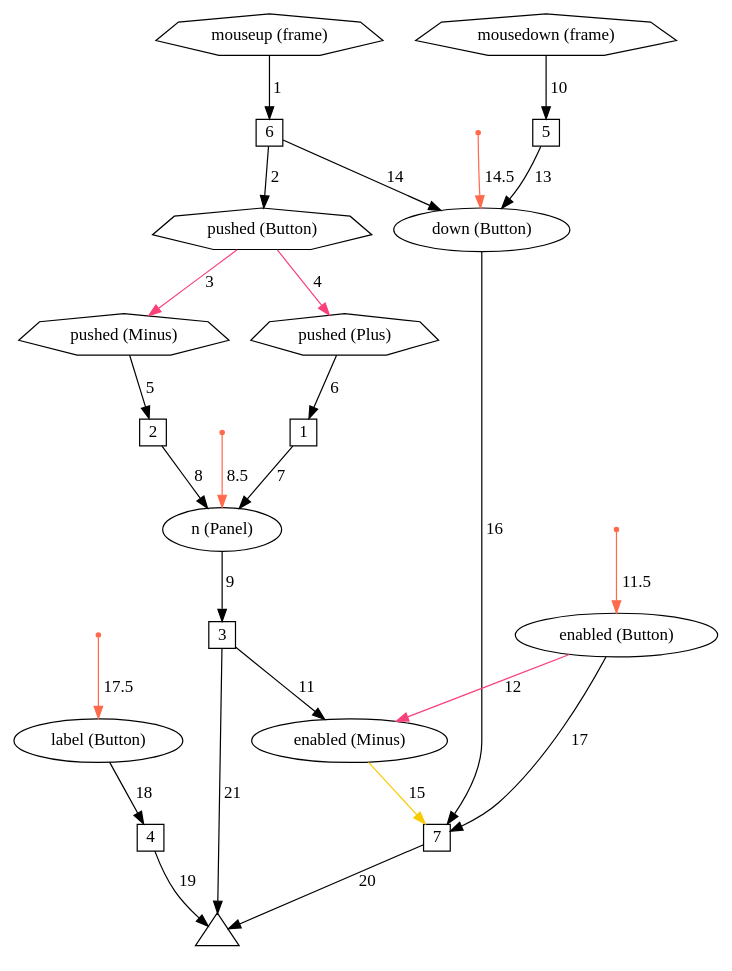
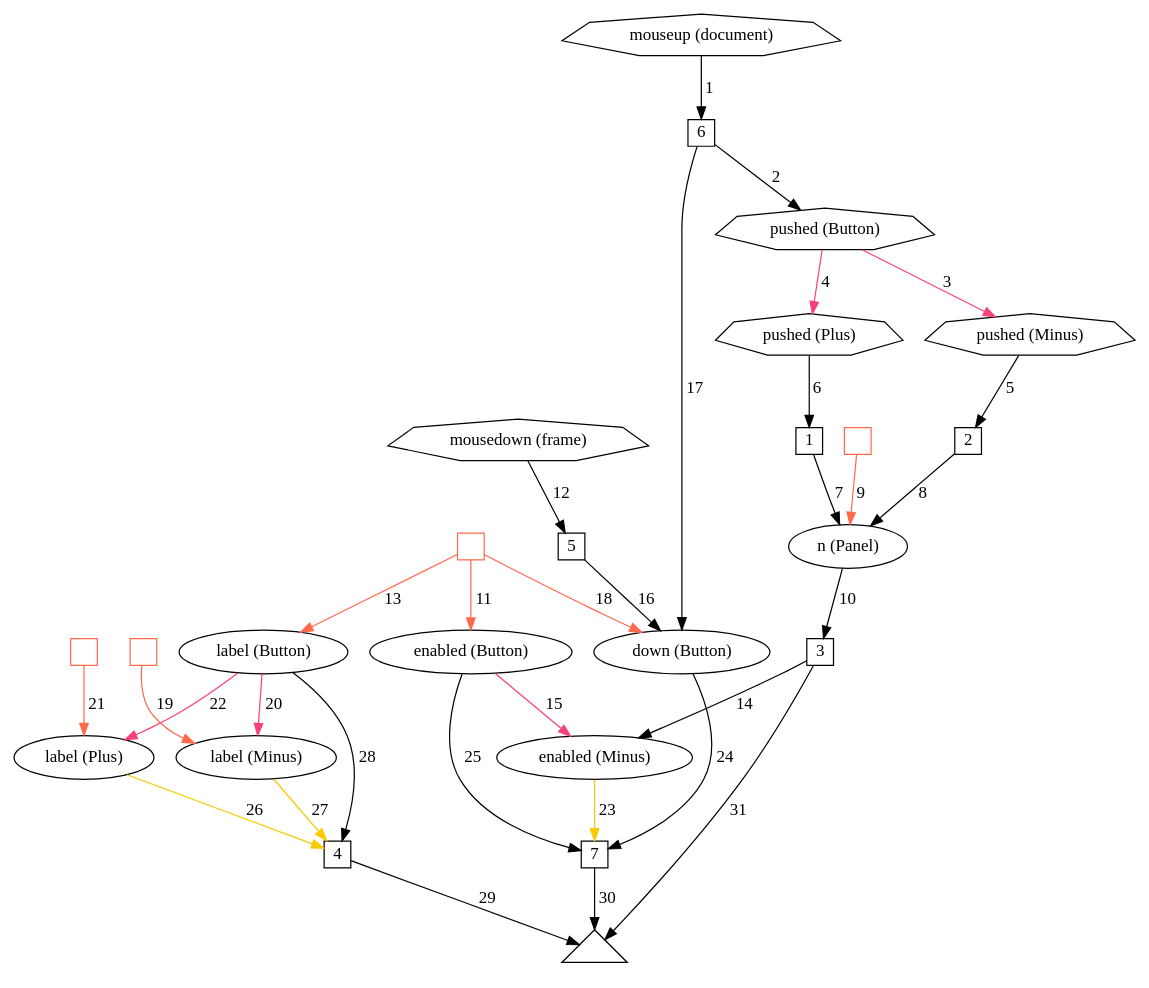
One commit to bendr/bender changed the diagram in doc/fig/graph-panel.gv. Above: the diagram before and after it, drawn with Graphviz. The commit also changed 15 other files, not shown here.

```diff
--- a/doc/fig/graph-panel.gv
+++ b/doc/fig/graph-panel.gv
@@ -1,55 +1,61 @@
 digraph bender {
-  node [fontname="Avenir Next"];
-  edge [fontname="Avenir Next"];
+  node [fontname="Avenir Next"]
+  edge [fontname="Avenir Next"]
 
-  t [label="", shape=triangle, fixedsize=true, width=0.5];
-  w4 [label="4", shape=square, fixedsize=true, width=0.3];
-  label [label="label (Button)"];
-  w5 [label="5", shape=square, fixedsize=true, width=0.3];
-  mousedown [label="mousedown (frame)", shape=septagon];
-  down [label="down (Button)"];
-  w6 [label="6", shape=square, fixedsize=true, width=0.3];
-  mouseup [label="mouseup (frame)", shape=septagon];
-  pushed [label="pushed (Button)", shape=septagon];
-  w7 [label="7", shape=square, fixedsize=true, width=0.3];
-  enabled [label="enabled (Button)"];
-  w1 [label="1", shape=square, fixedsize=true, width=0.3];
-  ppushed [label="pushed (Plus)", shape=septagon];
-  n [label="n (Panel)"];
-  w2 [label="2", shape=square, fixedsize=true, width=0.3];
-  mpushed [label="pushed (Minus)", shape=septagon];
-  w3 [label="3", shape=square, fixedsize=true, width=0.3];
-  menabled [label="enabled (Minus)"];
+  v0 [shape=triangle, label=""]
+  v1 [label="", shape=square, fixedsize=true, width=0.3, color="#ff6a4d"]
+  v2 [label="label (Button)"]
+  v3 [label="enabled (Button)"]
+  v4 [label="down (Button)"]
+  v5 [label="4", shape=square, fixedsize=true, width=0.3]
+  v6 [label="5", shape=square, fixedsize=true, width=0.3]
+  v7 [label="mousedown (frame)", shape=septagon]
+  v8 [label="6", shape=square, fixedsize=true, width=0.3]
+  v9 [label="mouseup (document)", shape=septagon]
+  v10 [label="pushed (Button)", shape=septagon]
+  v11 [label="7", shape=square, fixedsize=true, width=0.3]
+  v12 [label="", shape=square, fixedsize=true, width=0.3, color="#ff6a4d"]
+  v13 [label="label (Plus)"]
+  v14 [label="", shape=square, fixedsize=true, width=0.3, color="#ff6a4d"]
+  v15 [label="label (Minus)"]
+  v16 [label="", shape=square, fixedsize=true, width=0.3, color="#ff6a4d"]
+  v17 [label="n (Panel)"]
+  v18 [label="1", shape=square, fixedsize=true, width=0.3]
+  v19 [label="pushed (Plus)", shape=septagon]
+  v20 [label="2", shape=square, fixedsize=true, width=0.3]
+  v21 [label="pushed (Minus)", shape=septagon]
+  v22 [label="3", shape=square, fixedsize=true, width=0.3]
+  v23 [label="enabled (Minus)"]
 
-  mouseup -> w6 [label=" 1"];
-  w6 -> pushed [label=" 2"];
-  pushed -> mpushed [label=" 3", color="#f94179"];
-  pushed -> ppushed [label=" 4", color="#f94179"];
-  mpushed -> w2 [label=" 5"];
-  ppushed -> w1 [label=" 6"];
-  w1 -> n [label=" 7"];
-  w2 -> n [label=" 8"];
-  n -> w3 [label=" 9"];
-  mousedown -> w5 [label=" 10"];
-  w3 -> menabled [label=" 11"];
-  enabled -> menabled [label=" 12", color="#f94179"];
-  w5 -> down [label=" 13"];
-  w6 -> down [label=" 14"];
-  menabled -> w7 [label=" 15", color="#f8ca00"];
-  down -> w7 [label=" 16"];
-  enabled -> w7 [label=" 17"];
-  label -> w4 [label=" 18"];
-  w4 -> t [label=" 19"];
-  w7 -> t [label=" 20"];
-  w3 -> t [label=" 21"];
-
-  init_n [shape=point, label="", color="#ff6a4d"]
-  init_n -> n [color="#ff6a4d", label=" 8.5"];
-  init_enabled [shape=point, label="", color="#ff6a4d"]
-  init_enabled -> enabled [color="#ff6a4d", label=" 11.5"];
-  init_down [shape=point, label="", color="#ff6a4d"]
-  init_down -> down [color="#ff6a4d", label=" 14.5"];
-  init_label [shape=point, label="", color="#ff6a4d"]
-  init_label -> label [color="#ff6a4d", label=" 17.5"];
-
+  v9 -> v8 [label=" 1", color="#000000"]
+  v8 -> v10 [label=" 2", color="#000000"]
+  v10 -> v21 [label=" 3", color="#f94179"]
+  v10 -> v19 [label=" 4", color="#f94179"]
+  v21 -> v20 [label=" 5", color="#000000"]
+  v19 -> v18 [label=" 6", color="#000000"]
+  v18 -> v17 [label=" 7", color="#000000"]
+  v20 -> v17 [label=" 8", color="#000000"]
+  v16 -> v17 [label=" 9", color="#ff6a4d"]
+  v17 -> v22 [label=" 10", color="#000000"]
+  v1 -> v3 [label=" 11", color="#ff6a4d"]
+  v7 -> v6 [label=" 12", color="#000000"]
+  v1 -> v2 [label=" 13", color="#ff6a4d"]
+  v22 -> v23 [label=" 14", color="#000000"]
+  v3 -> v23 [label=" 15", color="#f94179"]
+  v6 -> v4 [label=" 16", color="#000000"]
+  v8 -> v4 [label=" 17", color="#000000"]
+  v1 -> v4 [label=" 18", color="#ff6a4d"]
+  v14 -> v15 [label=" 19", color="#ff6a4d"]
+  v2 -> v15 [label=" 20", color="#f94179"]
+  v12 -> v13 [label=" 21", color="#ff6a4d"]
+  v2 -> v13 [label=" 22", color="#f94179"]
+  v23 -> v11 [label=" 23", color="#f8ca00"]
+  v4 -> v11 [label=" 24", color="#000000"]
+  v3 -> v11 [label=" 25", color="#000000"]
+  v13 -> v5 [label=" 26", color="#f8ca00"]
+  v15 -> v5 [label=" 27", color="#f8ca00"]
+  v2 -> v5 [label=" 28", color="#000000"]
+  v5 -> v0 [label=" 29", color="#000000"]
+  v11 -> v0 [label=" 30", color="#000000"]
+  v22 -> v0 [label=" 31", color="#000000"]
 }
```
